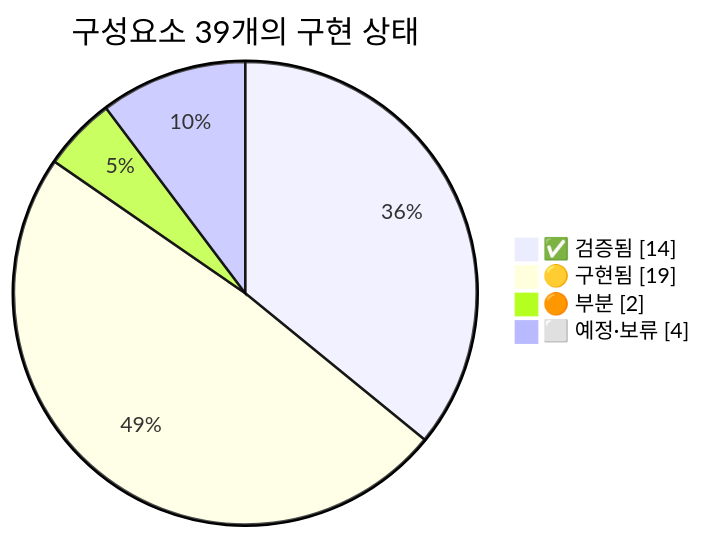
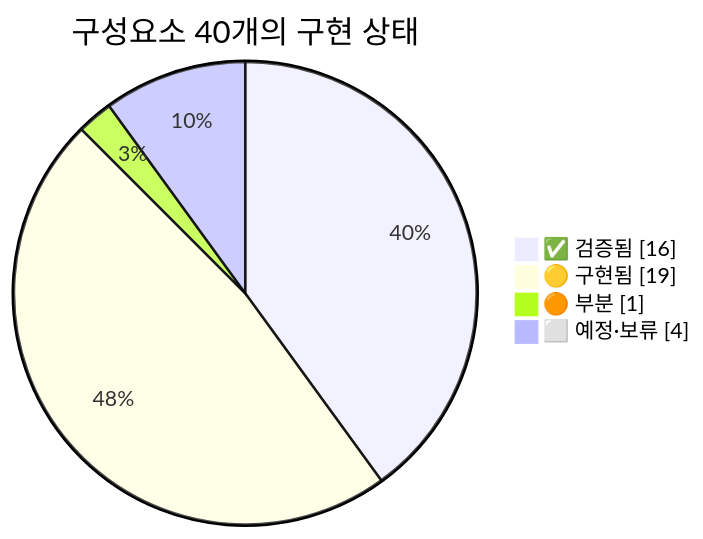
One commit to Youngmin17/TriCast changed the fifth of 6 diagrams in docs/SPEC.md. Above: the diagram before and after it, drawn with Mermaid. The commit also changed other lines of this file and 33 other files, not shown here.

````diff
--- a/docs/SPEC.md
+++ b/docs/SPEC.md
@@ -536,8 +536,8 @@
 ```mermaid
 pie showData
-    title 구성요소 39개의 구현 상태
-    "✅ 검증됨" : 14
+    title 구성요소 40개의 구현 상태
+    "✅ 검증됨" : 16
     "🟡 구현됨" : 19
-    "🟠 부분" : 2
+    "🟠 부분" : 1
     "⬜ 예정·보류" : 4
 ```
````
